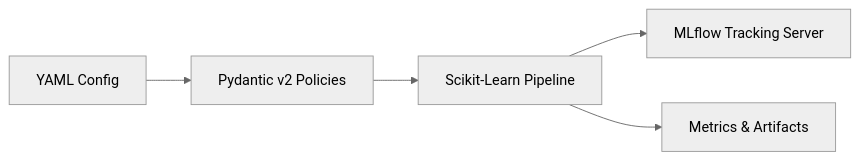
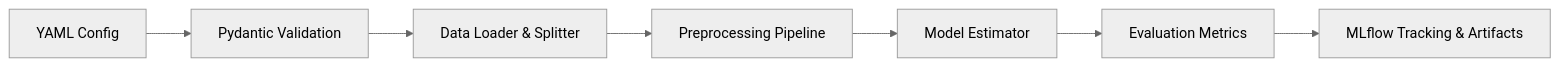
Before and after one commit to sid-146/mlflow-experience: the diagram in docs/index.md, drawn with Mermaid (neutral theme). The commit also changed other lines of this file and 32 other files, not shown here.

````diff
--- a/docs/index.md
+++ b/docs/index.md
@@ -7,7 +66,9 @@
 ```mermaid
 graph LR
-    YAML[YAML Config] --> Pydantic[Pydantic v2 Policies]
-    Pydantic --> Pipeline[Scikit-Learn Pipeline]
-    Pipeline --> MLflow[MLflow Tracking Server]
-    Pipeline --> Evaluation[Metrics & Artifacts]
+    Config[YAML Config] --> Validator[Pydantic Validation]
+    Validator --> Loader[Data Loader & Splitter]
+    Loader --> Preprocessor[Preprocessing Pipeline]
+    Preprocessor --> Model[Model Estimator]
+    Model --> Evaluator[Evaluation Metrics]
+    Evaluator --> MLflow[MLflow Tracking & Artifacts]
 ```
````
